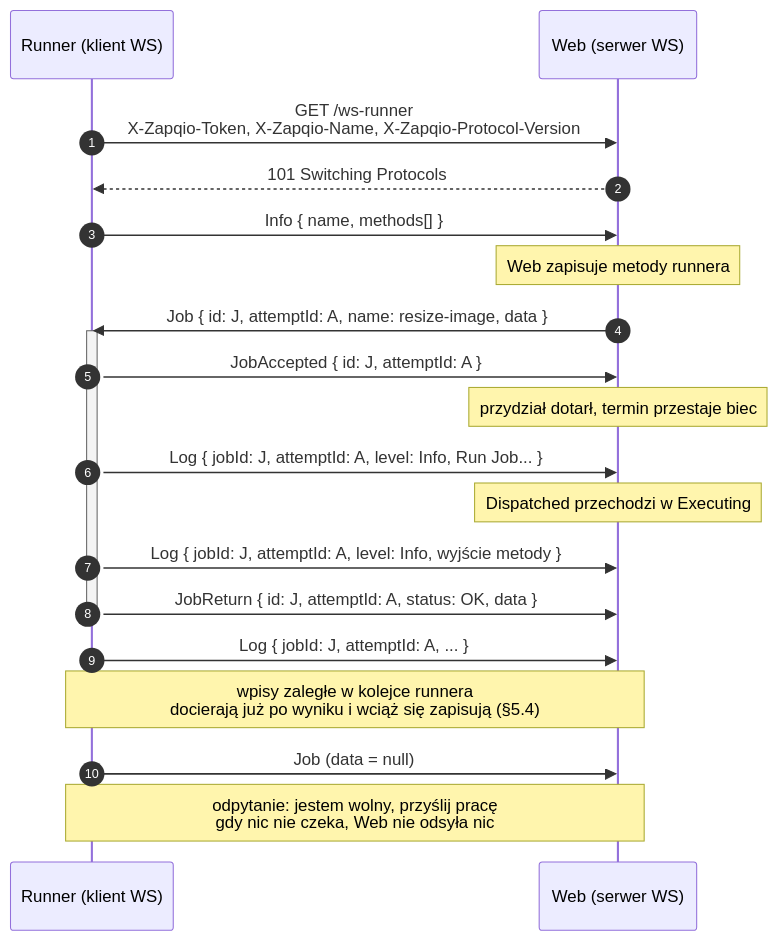
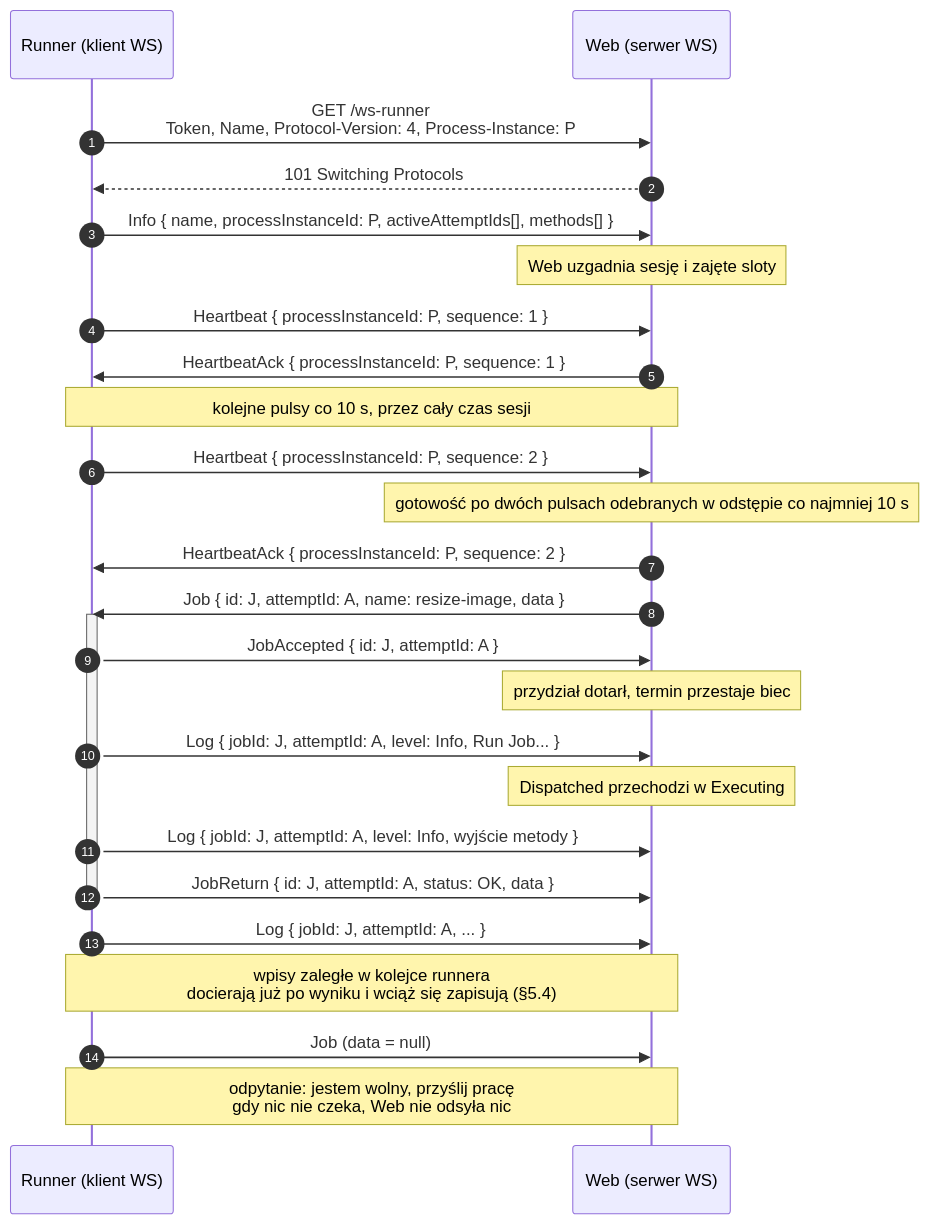
Before and after one commit to zapqio/protocol: the third of 3 diagrams in PROTOCOL.md, drawn with Mermaid. The commit also changed other lines of this file and 7 other files, not shown here.

First line of the commit message:
feat(protocol): define runner heartbeat v4

````diff
--- a/PROTOCOL.md
+++ b/PROTOCOL.md
@@ -561,25 +583,31 @@
 ```mermaid
 sequenceDiagram
     autonumber
     participant R as Runner (klient WS)
     participant W as Web (serwer WS)
 
-    R->>W: GET /ws-runner<br/>X-Zapqio-Token, X-Zapqio-Name, X-Zapqio-Protocol-Version
+    R->>W: GET /ws-runner<br/>Token, Name, Protocol-Version: 4, Process-Instance: P
     W-->>R: 101 Switching Protocols
-    R->>W: Info { name, methods[] }
-    Note over W: Web zapisuje metody runnera
+    R->>W: Info { name, processInstanceId: P, activeAttemptIds[], methods[] }
+    Note over W: Web uzgadnia sesję i zajęte sloty
+    R->>W: Heartbeat { processInstanceId: P, sequence: 1 }
+    W->>R: HeartbeatAck { processInstanceId: P, sequence: 1 }
+    Note over R,W: kolejne pulsy co 10 s, przez cały czas sesji
+    R->>W: Heartbeat { processInstanceId: P, sequence: 2 }
+    Note over W: gotowość po dwóch pulsach odebranych w odstępie co najmniej 10 s
+    W->>R: HeartbeatAck { processInstanceId: P, sequence: 2 }
 
     W->>R: Job { id: J, attemptId: A, name: resize-image, data }
     activate R
     R->>W: JobAccepted { id: J, attemptId: A }
     Note over W: przydział dotarł, termin przestaje biec
     R->>W: Log { jobId: J, attemptId: A, level: Info, Run Job... }
     Note over W: Dispatched przechodzi w Executing
     R->>W: Log { jobId: J, attemptId: A, level: Info, wyjście metody }
     R->>W: JobReturn { id: J, attemptId: A, status: OK, data }
     deactivate R
     R->>W: Log { jobId: J, attemptId: A, ... }
     Note over R,W: wpisy zaległe w kolejce runnera<br/>docierają już po wyniku i wciąż się zapisują (§5.4)
     R->>W: Job (data = null)
     Note over R,W: odpytanie: jestem wolny, przyślij pracę<br/>gdy nic nie czeka, Web nie odsyła nic
 ```
````
